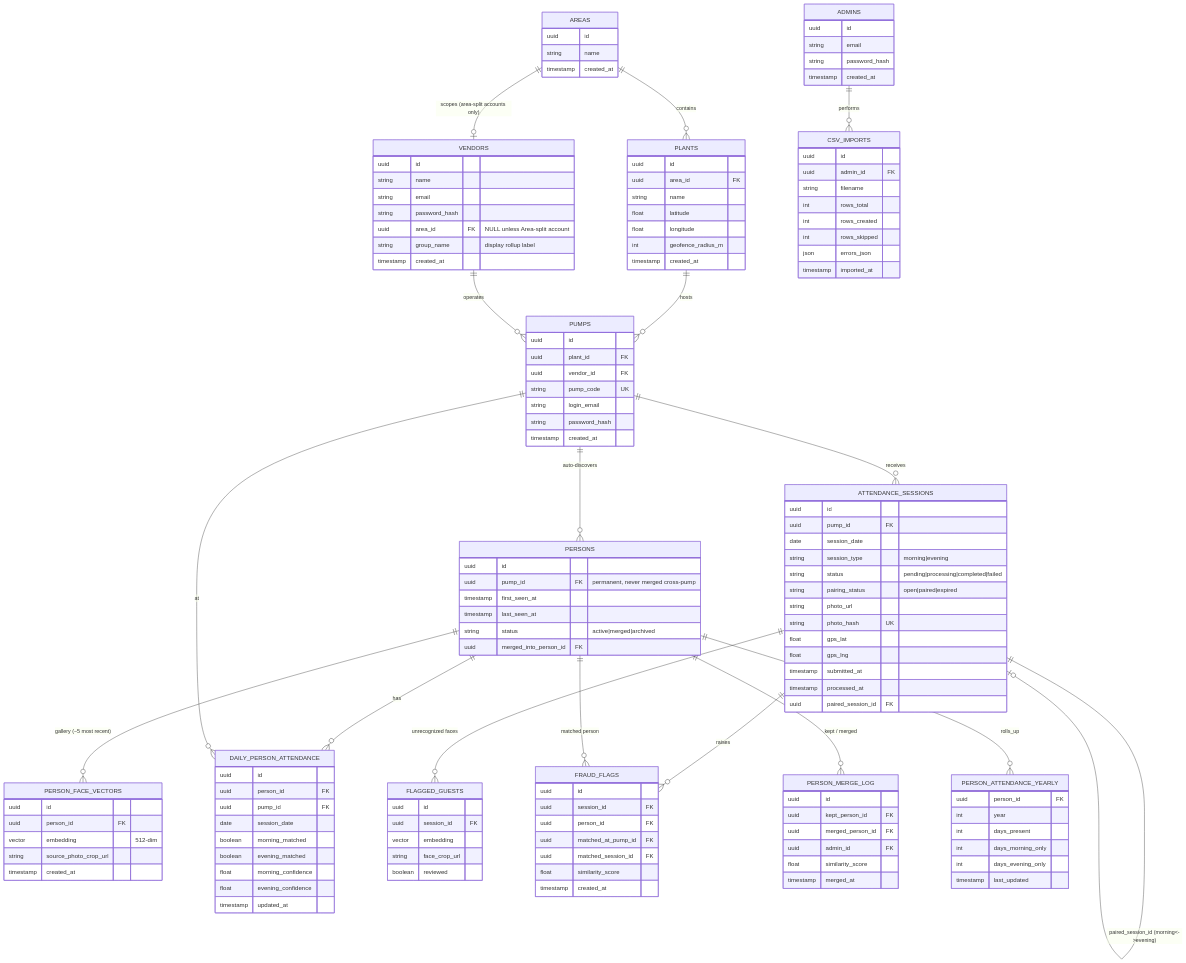
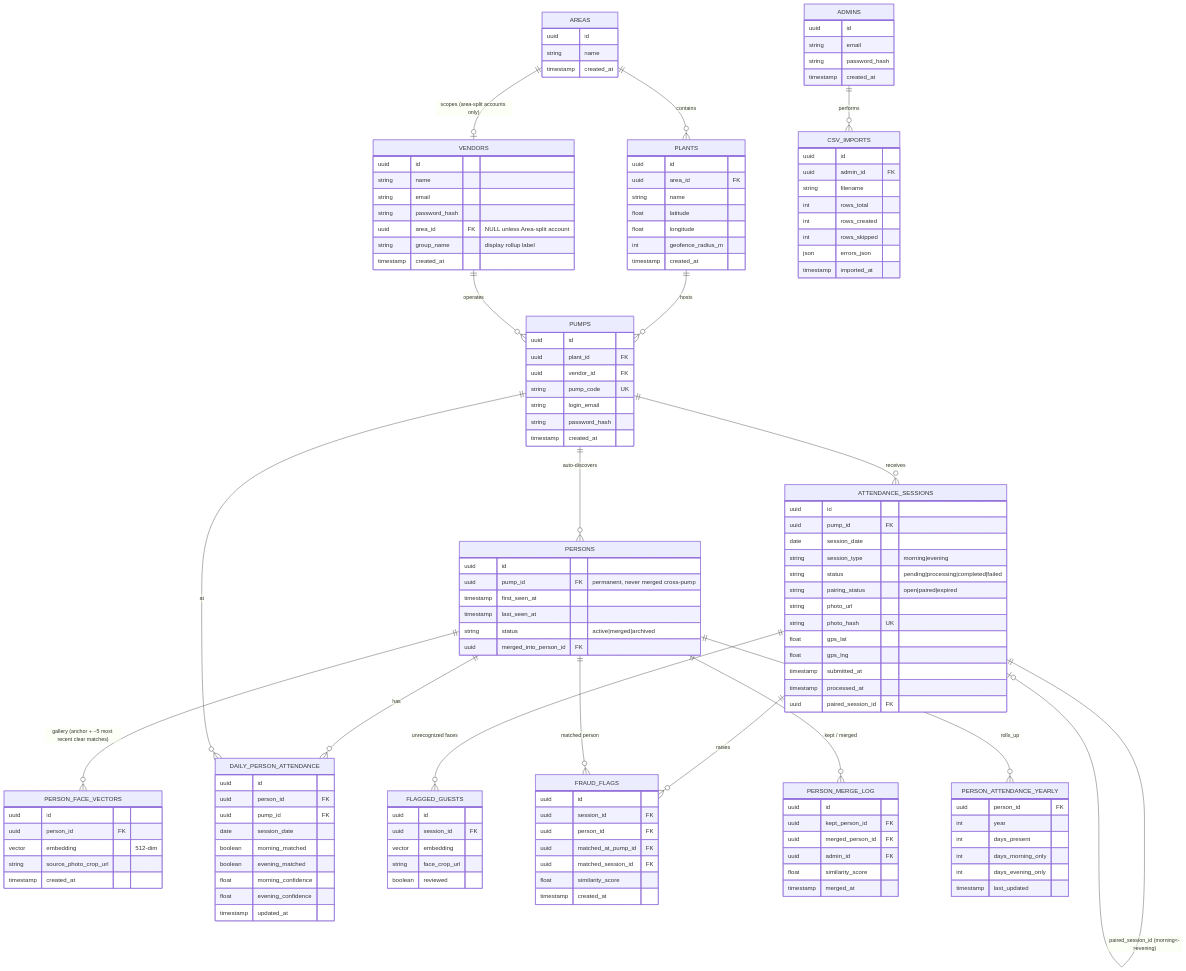
The third of 10 diagrams in docs/Architecture.md (rohitnegi-rdc/face-attendance-system), drawn with Mermaid before and after one commit. The commit also changed other lines of this file and 34 other files, not shown here.

First line of the commit message:
feat(matching): clear matches teach the gallery, one face per worker, admin face fixes

```diff
--- a/docs/Architecture.md
+++ b/docs/Architecture.md
@@ -79,7 +79,7 @@
     VENDORS ||--o{ PUMPS : operates
     AREAS ||--o| VENDORS : "scopes (area-split accounts only)"
     PUMPS ||--o{ PERSONS : "auto-discovers"
-    PERSONS ||--o{ PERSON_FACE_VECTORS : "gallery (~5 most recent)"
+    PERSONS ||--o{ PERSON_FACE_VECTORS : "gallery (anchor + ~5 most recent clear matches)"
     PUMPS ||--o{ ATTENDANCE_SESSIONS : receives
     ATTENDANCE_SESSIONS ||--o| ATTENDANCE_SESSIONS : "paired_session_id (morning<->evening)"
     PERSONS ||--o{ DAILY_PERSON_ATTENDANCE : has
```
